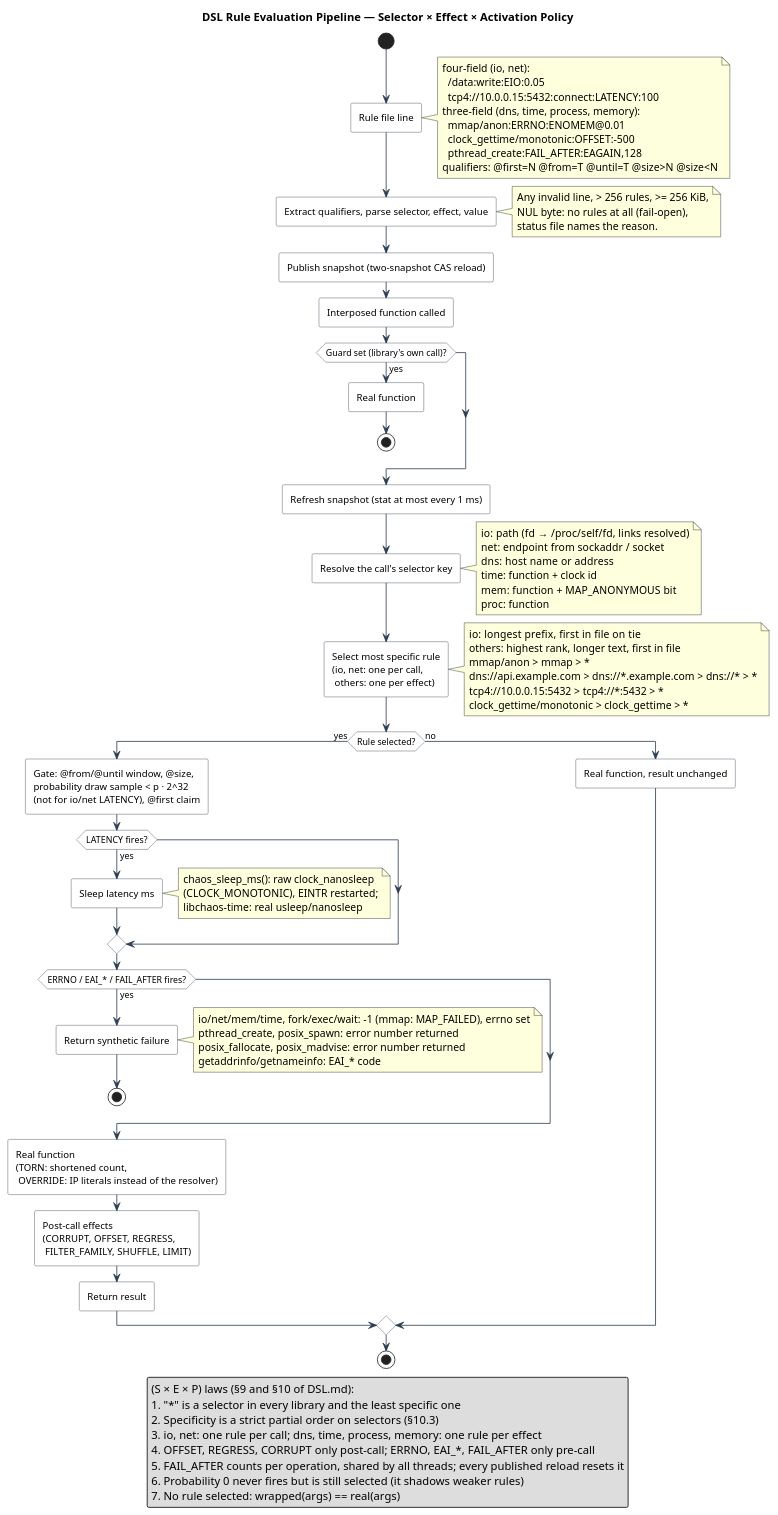
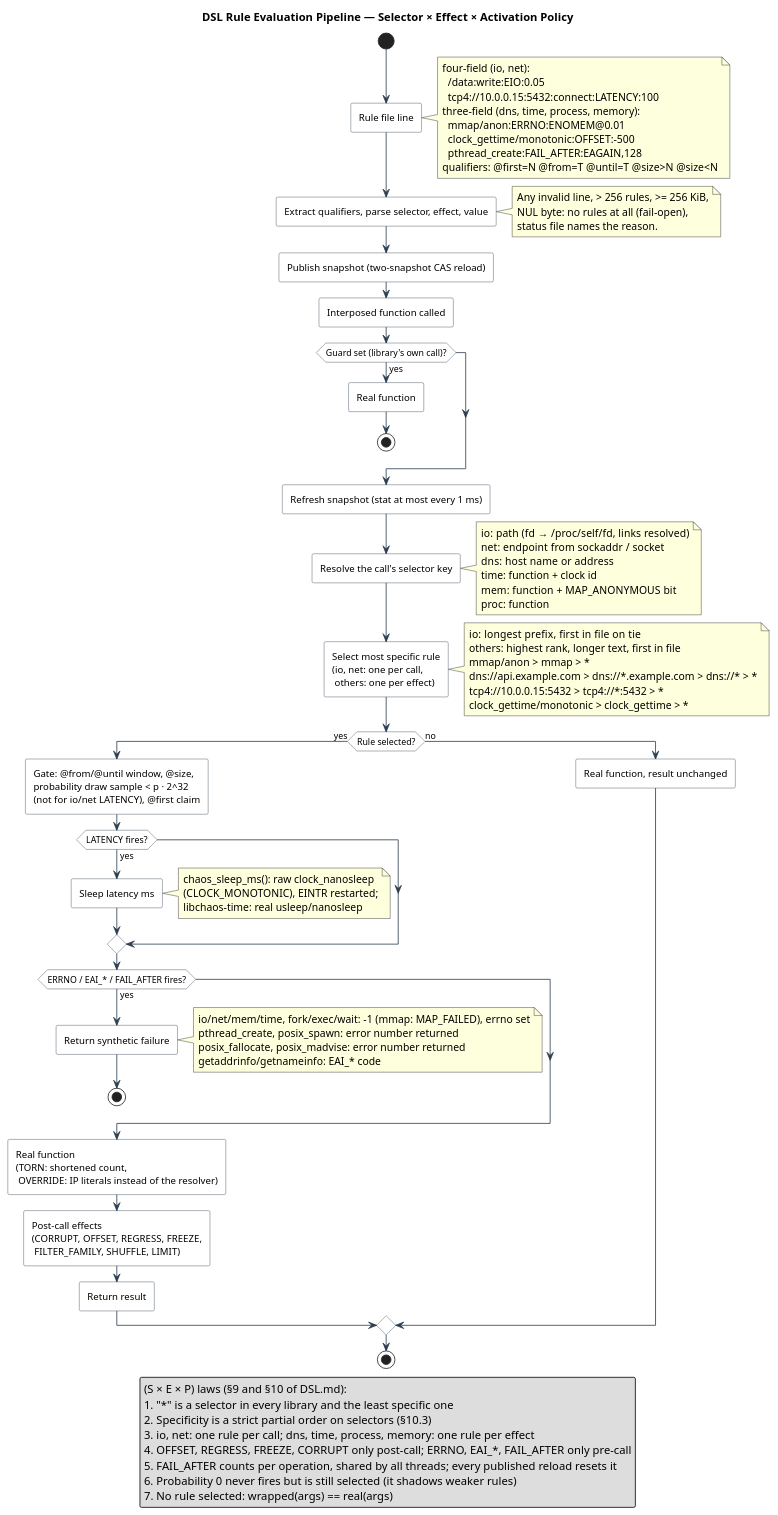
One commit to macstab/macstab-chaos-testing-libraries changed the diagram in docs/diagrams/dsl_pipeline.puml. Above: the diagram before and after it, drawn with PlantUML. The commit also changed 23 other files, not shown here.

```diff
--- a/docs/diagrams/dsl_pipeline.puml
+++ b/docs/diagrams/dsl_pipeline.puml
@@ -1,127 +1,127 @@
 @startuml dsl_pipeline
 '
 ' Engineered by  Christian Schnapka
 '                Embedded Principal+ Engineer
 '                Macstab GmbH · Hamburg, Germany
 '                https://macstab.com
 '
 ' DSL rule evaluation pipeline: from a rule-file line to the applied
 ' effect. Shows the two grammar shapes, all-or-nothing parsing, selector
 ' resolution, specificity ordering, the firing gates and the effect order.
 '
 ' Reference: docs/DSL.md §2 (grammar), §8 (composition), §9 (identity laws),
 '            §10 (specificity order)
 '            src/common/chaos_policy.h, src/*/chaos_*_config.h
 '
 title DSL Rule Evaluation Pipeline — Selector × Effect × Activation Policy
 
 skinparam shadowing false
 skinparam roundCorner 4
 skinparam activityDiamondBackgroundColor #ECF0F1
 skinparam activityBorderColor #2C3E50
 skinparam activityBackgroundColor #FFFFFF
 skinparam arrowColor #2C3E50
 
 start
 
 :Rule file line;
 note right
   four-field (io, net):
     /data:write:EIO:0.05
     tcp4://10.0.0.15:5432:connect:LATENCY:100
   three-field (dns, time, process, memory):
     mmap/anon:ERRNO:ENOMEM@0.01
     clock_gettime/monotonic:OFFSET:-500
     pthread_create:FAIL_AFTER:EAGAIN,128
   qualifiers: @first=N @from=T @until=T @size>N @size<N
 end note
 
 :Extract qualifiers, parse selector, effect, value;
 note right
   Any invalid line, > 256 rules, >= 256 KiB,
   NUL byte: no rules at all (fail-open),
   status file names the reason.
 end note
 
 :Publish snapshot (two-snapshot CAS reload);
 
 ' --- Call time ---
 
 :Interposed function called;
 
 if (Guard set (library's own call)?) then (yes)
   :Real function;
   stop
 endif
 
 :Refresh snapshot (stat at most every 1 ms);
 
 :Resolve the call's selector key;
 note right
   io:   path (fd → /proc/self/fd, links resolved)
   net:  endpoint from sockaddr / socket
   dns:  host name or address
   time: function + clock id
   mem:  function + MAP_ANONYMOUS bit
   proc: function
 end note
 
 :Select most specific rule
 (io, net: one per call,
  others: one per effect);
 note right
   io:   longest prefix, first in file on tie
   others: highest rank, longer text, first in file
   mmap/anon > mmap > *
   dns:~//api.example.com > dns:~//*.example.com > dns:~//* > *
   tcp4:~//10.0.0.15:5432 > tcp4:~//*:5432 > *
   clock_gettime/monotonic > clock_gettime > *
 end note
 
 if (Rule selected?) then (yes)
   :Gate: @from/@until window, @size,
   probability draw sample < p · 2^32
   (not for io/net LATENCY), @first claim;
   if (LATENCY fires?) then (yes)
     :Sleep latency ms;
     note right
       chaos_sleep_ms(): raw clock_nanosleep
       (CLOCK_MONOTONIC), EINTR restarted;
       libchaos-time: real usleep/nanosleep
     end note
   endif
   if (ERRNO / EAI_* / FAIL_AFTER fires?) then (yes)
     :Return synthetic failure;
     note right
       io/net/mem/time, fork/exec/wait: -1 (mmap: MAP_FAILED), errno set
       pthread_create, posix_spawn: error number returned
       posix_fallocate, posix_madvise: error number returned
       getaddrinfo/getnameinfo: EAI_* code
     end note
     stop
   endif
   :Real function
   (TORN: shortened count,
    OVERRIDE: IP literals instead of the resolver);
   :Post-call effects
-  (CORRUPT, OFFSET, REGRESS,
+  (CORRUPT, OFFSET, REGRESS, FREEZE,
    FILTER_FAMILY, SHUFFLE, LIMIT);
   :Return result;
 else (no)
   :Real function, result unchanged;
 endif
 
 stop
 
 legend
   (S × E × P) laws (§9 and §10 of DSL.md):
   1. "*" is a selector in every library and the least specific one
   2. Specificity is a strict partial order on selectors (§10.3)
   3. io, net: one rule per call; dns, time, process, memory: one rule per effect
-  4. OFFSET, REGRESS, CORRUPT only post-call; ERRNO, EAI_*, FAIL_AFTER only pre-call
+  4. OFFSET, REGRESS, FREEZE, CORRUPT only post-call; ERRNO, EAI_*, FAIL_AFTER only pre-call
   5. FAIL_AFTER counts per operation, shared by all threads; every published reload resets it
   6. Probability 0 never fires but is still selected (it shadows weaker rules)
   7. No rule selected: wrapped(args) == real(args)
 endlegend
 
 @enduml
```
